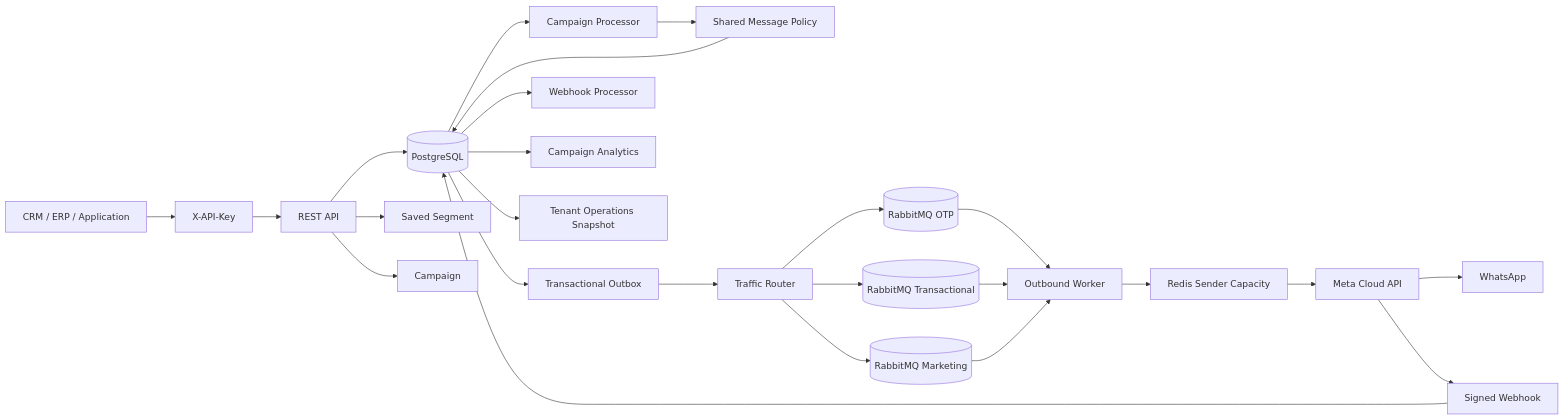
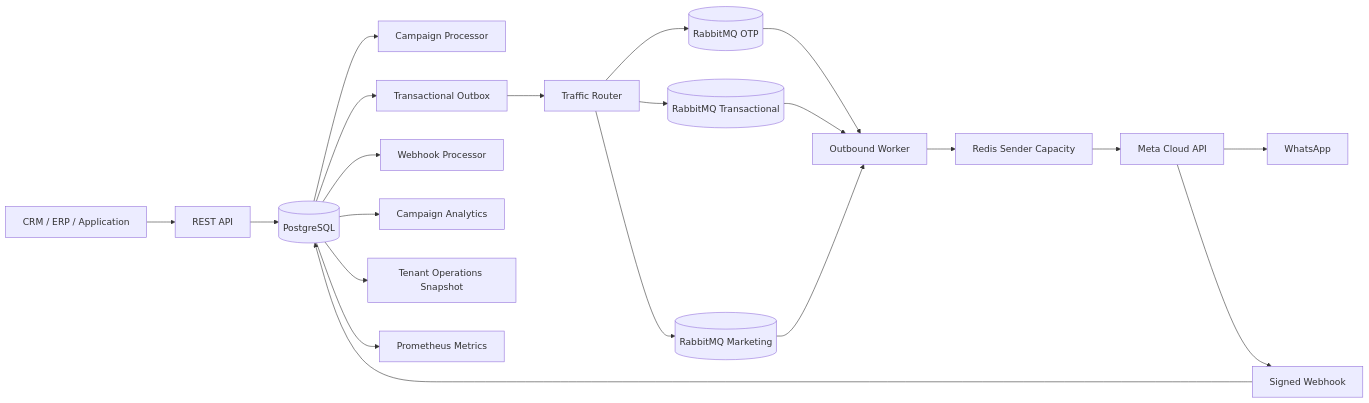
The diagram in README.md (netctc/apiWhatsApp), drawn with Mermaid before and after one commit. The commit also changed other lines of this file, not shown here.

Commit message:
docs: document metrics and trace correlation release

````diff
--- a/README.md
+++ b/README.md
@@ -40,27 +43,23 @@
 ```mermaid
 flowchart LR
-    Client[CRM / ERP / Application] --> Auth[X-API-Key]
-    Auth --> API[REST API]
+    Client[CRM / ERP / Application] --> API[REST API]
     API --> DB[(PostgreSQL)]
-    API --> Segment[Saved Segment]
-    API --> Campaign[Campaign]
     DB --> CampaignProcessor[Campaign Processor]
-    CampaignProcessor --> Policy[Shared Message Policy]
-    Policy --> DB
     DB --> Outbox[Transactional Outbox]
     Outbox --> Router[Traffic Router]
     Router --> OTP[(RabbitMQ OTP)]
     Router --> TX[(RabbitMQ Transactional)]
     Router --> MKT[(RabbitMQ Marketing)]
     OTP --> Worker[Outbound Worker]
     TX --> Worker
     MKT --> Worker
     Worker --> Rate[Redis Sender Capacity]
     Rate --> Meta[Meta Cloud API]
     Meta --> WhatsApp[WhatsApp]
     Meta --> Webhook[Signed Webhook]
     Webhook --> DB
     DB --> WebhookProcessor[Webhook Processor]
     DB --> Analytics[Campaign Analytics]
     DB --> Operations[Tenant Operations Snapshot]
+    DB --> Metrics[Prometheus Metrics]
 ```
````
